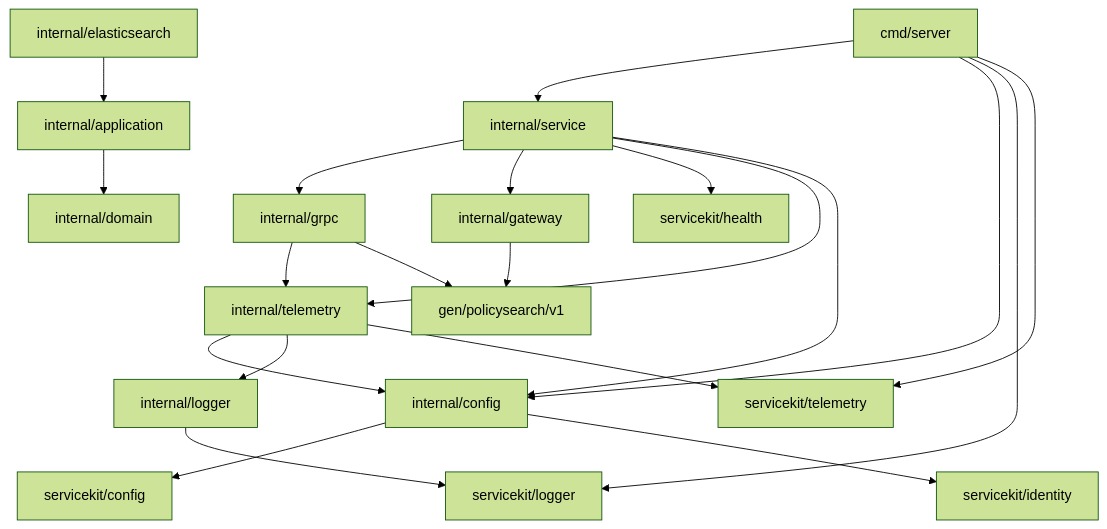
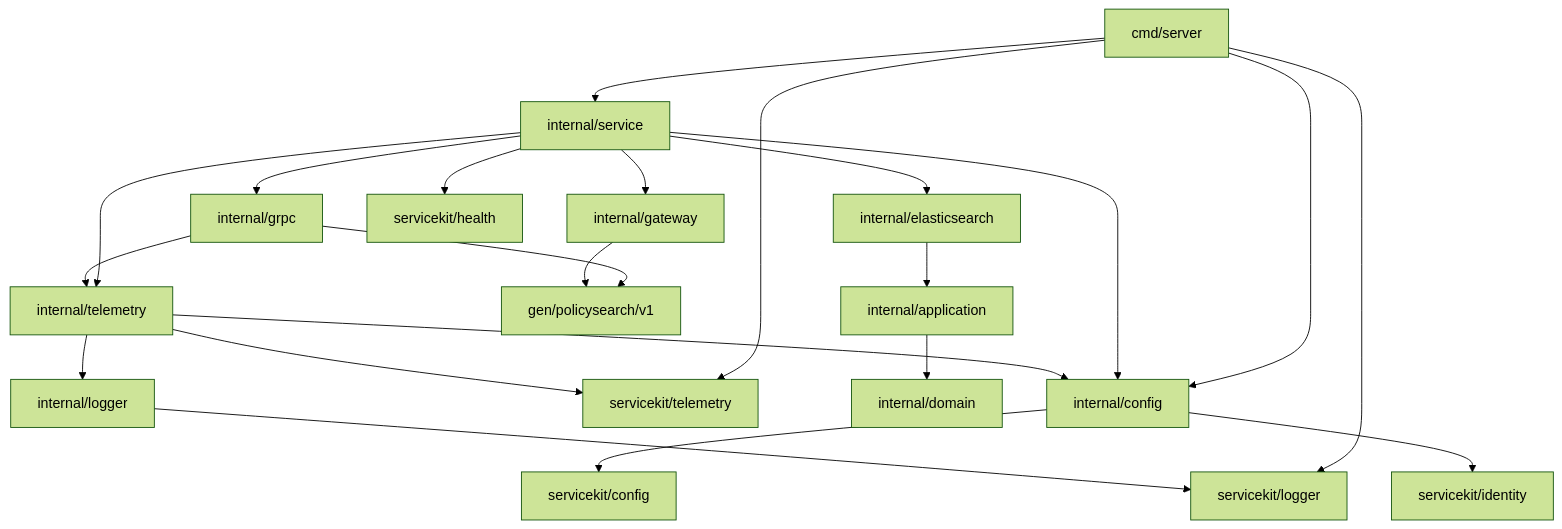
One commit to igor-baiborodine/insurance-hub changed the diagram in services/policy-search-service/README.md. Above: the diagram before and after it, drawn with Mermaid (forest theme). The commit also changed other lines of this file and 35 other files, not shown here.

````diff
--- a/services/policy-search-service/README.md
+++ b/services/policy-search-service/README.md
@@ -419,23 +433,24 @@
 ```mermaid
 flowchart TD
     entry["cmd/server"] --> composition["internal/service"]
     entry --> config["internal/config"]
     entry --> sharedLogger["servicekit/logger"]
     entry --> sharedTelemetry["servicekit/telemetry"]
     composition --> grpc["internal/grpc"]
     composition --> gateway["internal/gateway"]
     composition --> health["servicekit/health"]
     composition --> telemetry["internal/telemetry"]
+    composition --> searchAdapter["internal/elasticsearch"]
     composition --> config
     grpc --> telemetry
     grpc --> generated["gen/policysearch/v1"]
     gateway --> generated
-	searchAdapter["internal/elasticsearch"] --> application["internal/application"]
-	application --> domain["internal/domain"]
+    searchAdapter --> application["internal/application"]
+    application --> domain["internal/domain"]
     telemetry --> config
     telemetry --> logger["internal/logger"]
     telemetry --> sharedTelemetry
     logger --> sharedLogger
     config --> sharedConfig["servicekit/config"]
     config --> sharedIdentity["servicekit/identity"]
 ```
````
